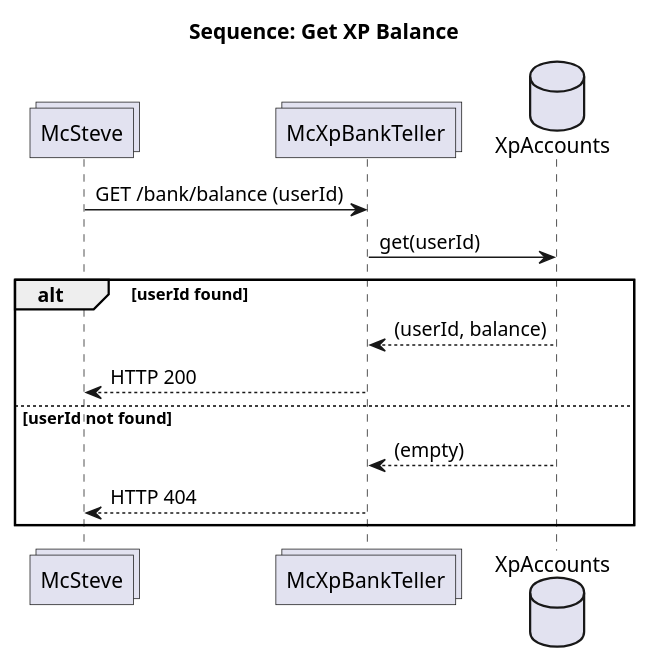
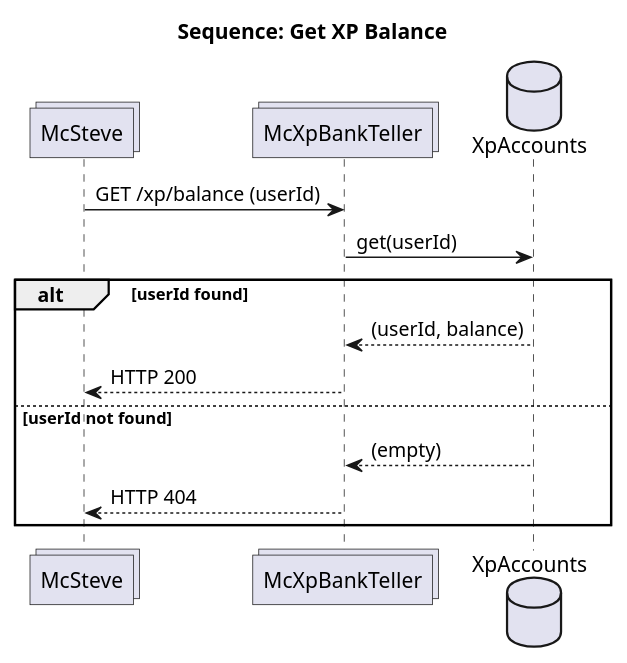
One commit to Ubunfu/mc-xp-bank changed the diagram in docs/sequence_get-balance.puml. Above: the diagram before and after it, drawn with PlantUML. The commit also changed 15 other files, not shown here.

```diff
--- a/docs/sequence_get-balance.puml
+++ b/docs/sequence_get-balance.puml
@@ -1,18 +1,18 @@
 @startuml sequence_get-balance
 
 title Sequence: Get XP Balance
 
 collections McSteve
 collections McXpBankTeller
 database XpAccounts
 
-McSteve -> McXpBankTeller: GET /bank/balance (userId)
+McSteve -> McXpBankTeller: GET /xp/balance (userId)
 McXpBankTeller -> XpAccounts: get(userId)
 alt userId found
     McXpBankTeller <-- XpAccounts: (userId, balance)
     McSteve <-- McXpBankTeller: HTTP 200
 else userId not found
     McXpBankTeller <-- XpAccounts: (empty)
     McSteve <-- McXpBankTeller: HTTP 404
 end
 @enduml
```
